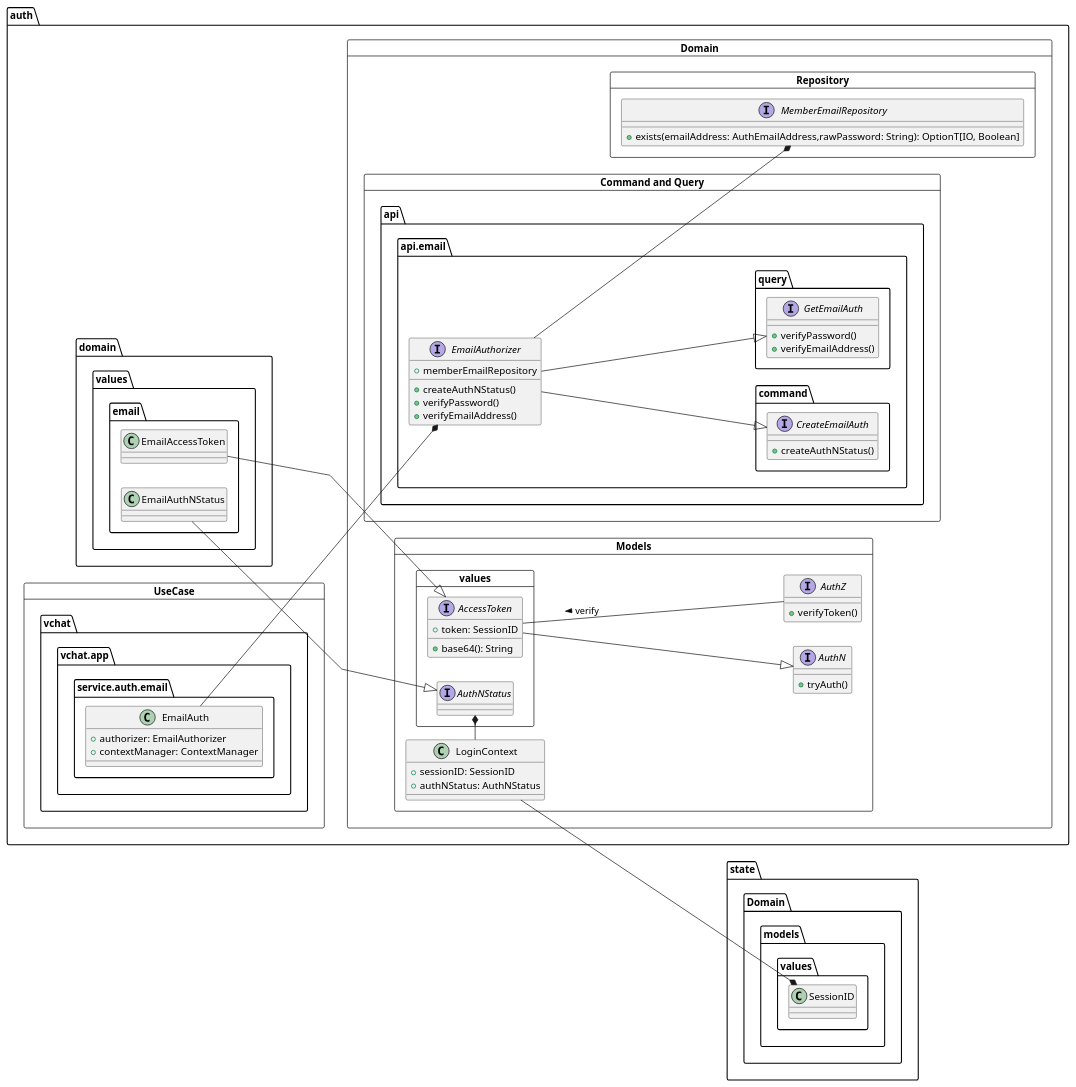
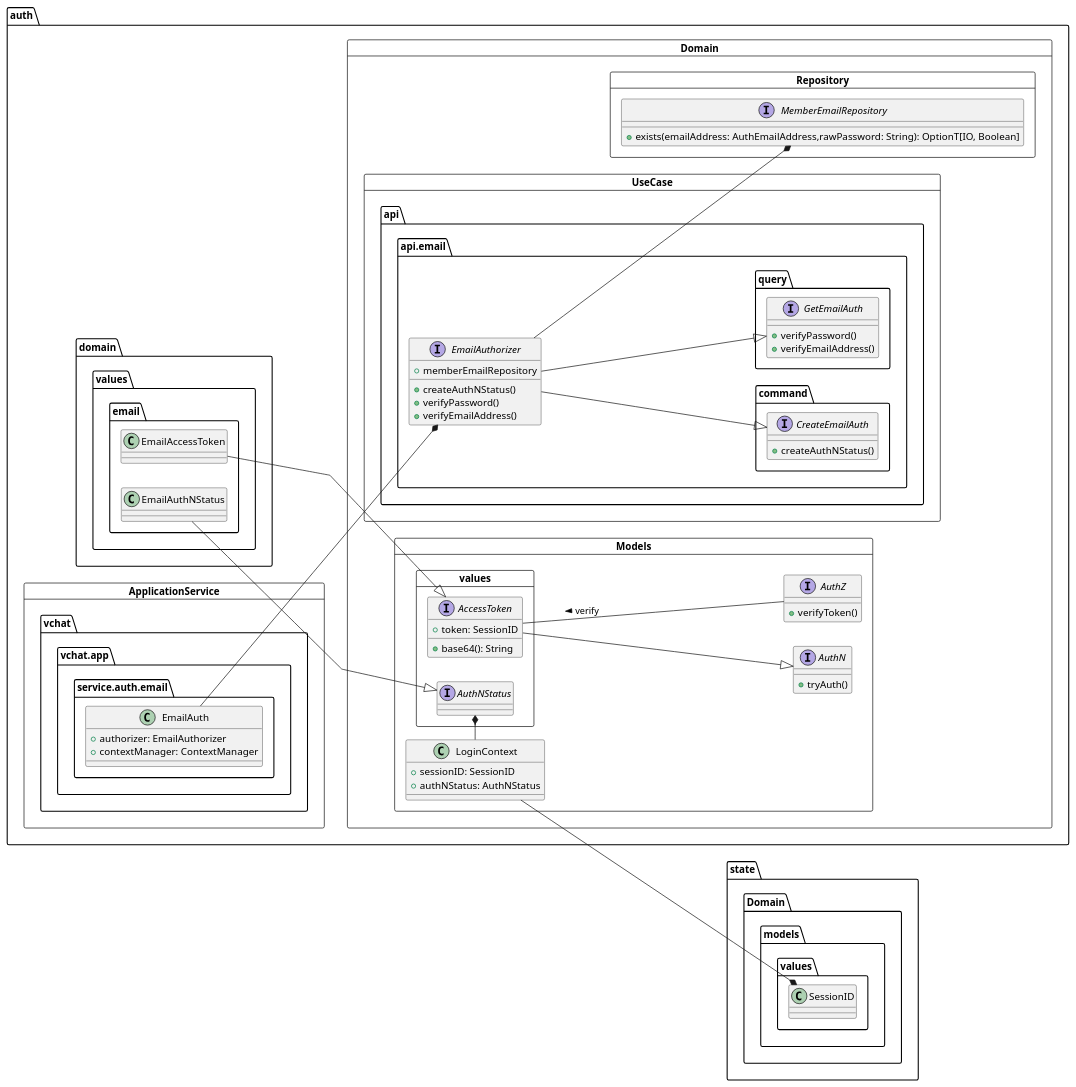
The diagram in docs/uml/part/auth.puml (aya-eiya/gradle-vertx-sample), drawn with PlantUML before and after one commit. The commit also changed 9 other files, not shown here.

```diff
--- a/docs/uml/part/auth.puml
+++ b/docs/uml/part/auth.puml
@@ -1,85 +1,85 @@
 @startuml
 skinparam linetype polyline
 left to right direction
 
 card "Domain" as auth.Domain {
-  card "Command and Query" as auth.Domain.CQ {
+  card "UseCase" as auth.Domain.CQ {
     package "api.email" as auth.Domain.CQ.api.email {
       interface "EmailAuthorizer" as auth.Domain.CQ.api.email.EmailAuthorizer {
         +memberEmailRepository
         +createAuthNStatus()
         +verifyPassword()
         +verifyEmailAddress()
       }
       package "command" as auth.Domain.CQ.api.email.command {
         interface "CreateEmailAuth" as auth.Domain.CQ.api.email.command.CreateEmailAuth {
           +createAuthNStatus()
         }
       }
       package "query" as auth.Domain.CQ.api.email.query {
         interface "GetEmailAuth" as auth.Domain.CQ.api.email.query.GetEmailAuth {
           +verifyPassword()
           +verifyEmailAddress()
         }
       }
     }
   }
 
   card "Repository" as auth.Domain.Repository {
     interface "MemberEmailRepository" as auth.Domain.Repository.MemberEmailRepository {
       +exists(emailAddress: AuthEmailAddress,rawPassword: String): OptionT[IO, Boolean]
     }
   }
 
   card "Models" as auth.Domain.models {
     interface "AuthN" as auth.Domain.models.AuthN {
       +tryAuth()
     }
     interface "AuthZ" as auth.Domain.models.AuthZ {
       +verifyToken()
     }
     class "LoginContext" as auth.Domain.models.LoginContext {
       +sessionID: SessionID
       +authNStatus: AuthNStatus
     }
     card "values" as auth.Domain.models.values {
       interface "AccessToken" as auth.Domain.models.values.AccessToken {
         +token: SessionID
         +base64(): String
       }
       interface "AuthNStatus" as auth.Domain.models.values.AuthNStatus {
       }
       package "auth.domain.values.email" {
         class EmailAccessToken
         class EmailAuthNStatus
       }
     }
   }
 }
 
-card "UseCase" as auth.UseCase {
+card "ApplicationService" as auth.Service {
 
-   package "vchat.app" as auth.UseCase.vchat.app {
-     package "service.auth.email" as auth.UseCase.vchat.app.email {
-       class "EmailAuth" as auth.UseCase.vchat.app.email.EmailAuth {
+   package "vchat.app" as auth.Service.vchat.app {
+     package "service.auth.email" as auth.Service.vchat.app.email {
+       class "EmailAuth" as auth.Service.vchat.app.email.EmailAuth {
          +authorizer: EmailAuthorizer
          +contextManager: ContextManager
        }
      }
    }
 }
 
 auth.Domain.Repository.MemberEmailRepository *-up- auth.Domain.CQ.api.email.EmailAuthorizer
 auth.Domain.CQ.api.email.command.CreateEmailAuth <|-up- auth.Domain.CQ.api.email.EmailAuthorizer
 auth.Domain.CQ.api.email.query.GetEmailAuth <|-up- auth.Domain.CQ.api.email.EmailAuthorizer
 
 auth.Domain.models.AuthZ -up- auth.Domain.models.values.AccessToken: verify >
 auth.Domain.models.AuthN <|-up- auth.Domain.models.values.AccessToken
 auth.Domain.models.values.AccessToken <|-up- EmailAccessToken
 auth.Domain.models.values.AuthNStatus <|-up- EmailAuthNStatus
 
 auth.Domain.models.LoginContext -right-* auth.Domain.models.values.AuthNStatus
 auth.Domain.models.LoginContext -down-* state.Domain.models.values.SessionID
 
-auth.UseCase.vchat.app.email.EmailAuth --* auth.Domain.CQ.api.email.EmailAuthorizer
+auth.Service.vchat.app.email.EmailAuth --* auth.Domain.CQ.api.email.EmailAuthorizer
 @enduml
```
